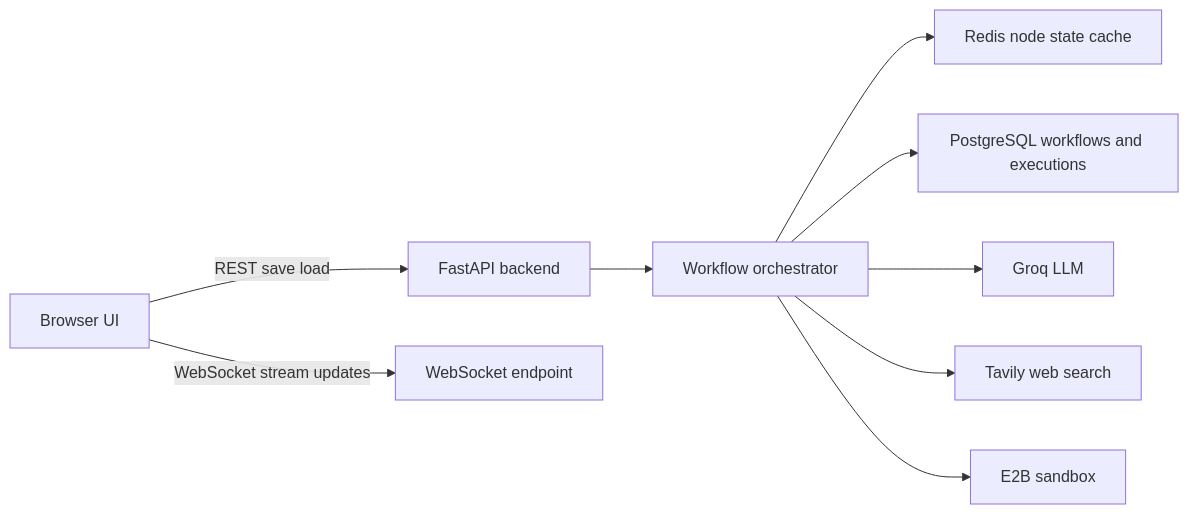
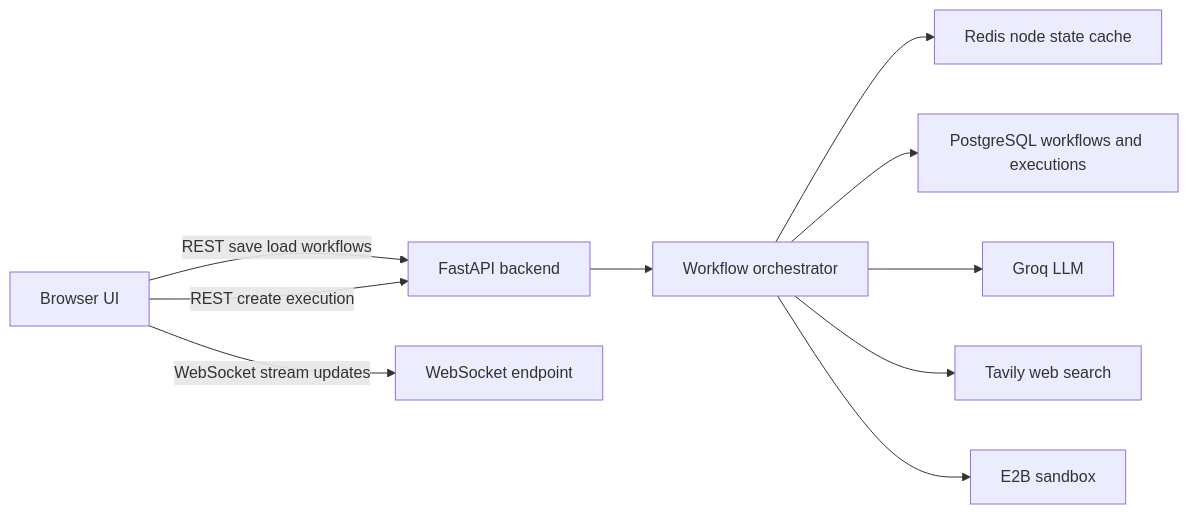
The first of 2 diagrams in README.md (jenilashah311/Visual-AI-Automation-Platform), drawn with Mermaid before and after one commit. The commit also changed other lines of this file, not shown here.

Commit message:
Refine README diagrams

````diff
--- a/README.md
+++ b/README.md
@@ -68,11 +68,12 @@
 ```mermaid
 flowchart LR
-  U["Browser UI"] -->|REST save load| API["FastAPI backend"]
+  U["Browser UI"] -->|REST save load workflows| API["FastAPI backend"]
+  U -->|REST create execution| API
   U -->|WebSocket stream updates| WS["WebSocket endpoint"]
   API --> Orch["Workflow orchestrator"]
   Orch --> Redis["Redis node state cache"]
   Orch --> PG["PostgreSQL workflows and executions"]
   Orch --> LLM["Groq LLM"]
   Orch --> Tavily["Tavily web search"]
   Orch --> E2B["E2B sandbox"]
 ```
````
